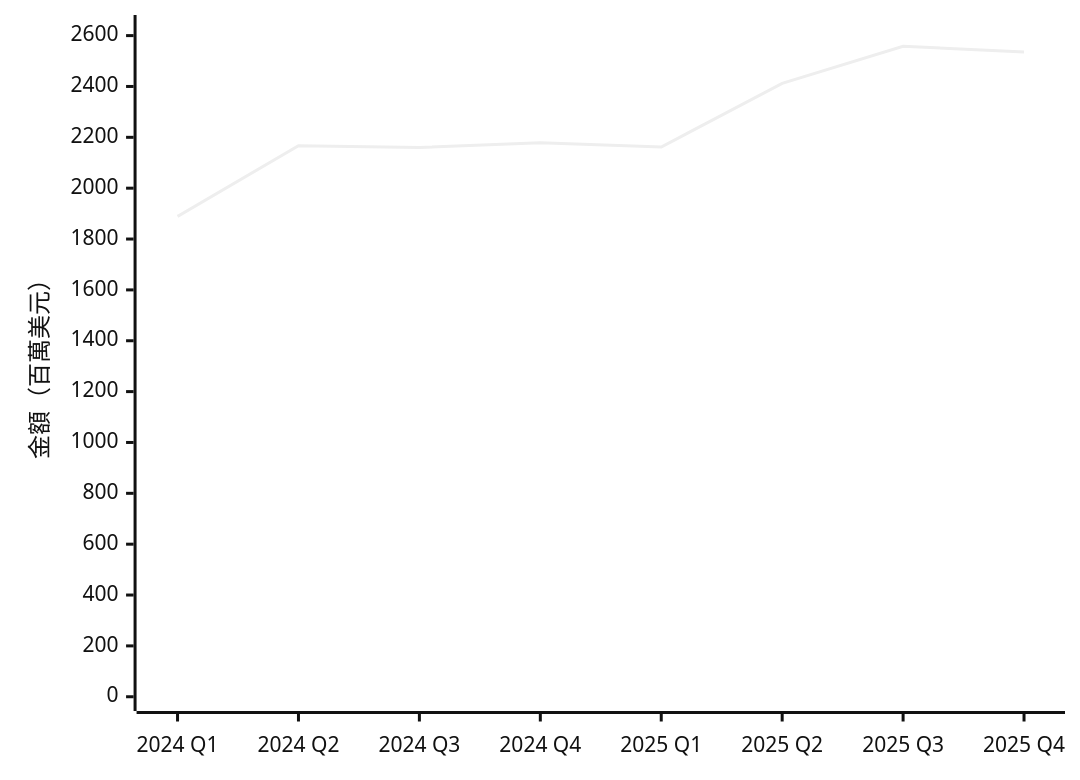
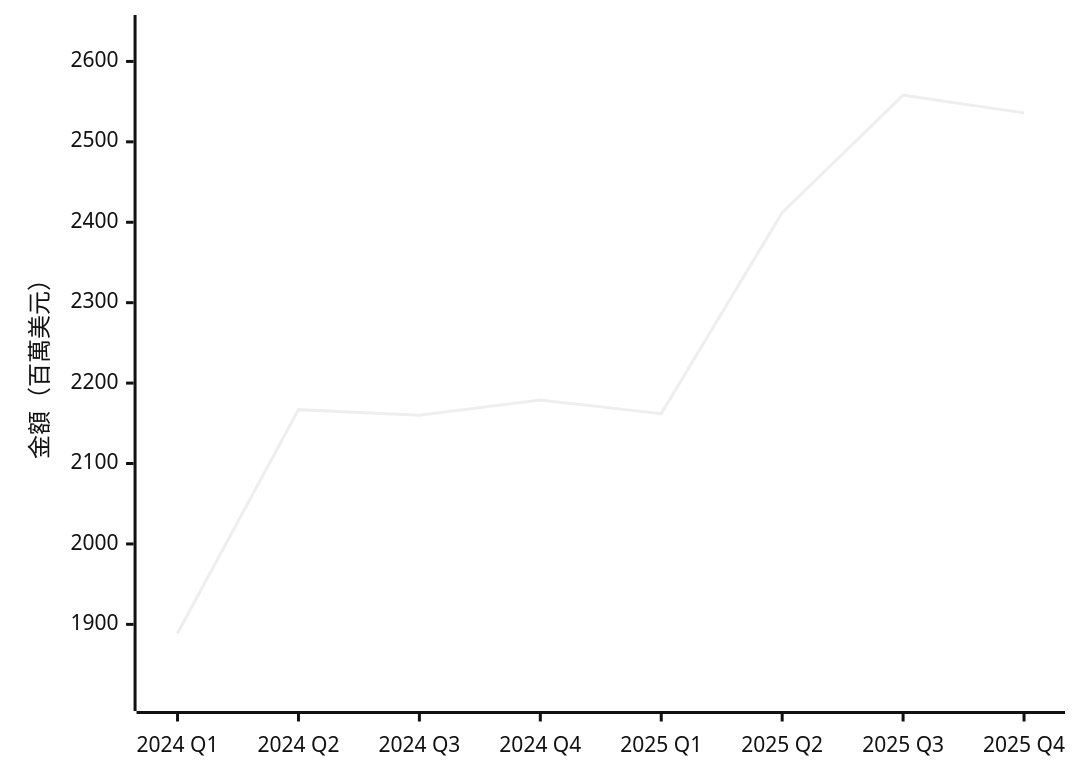
Before and after one commit to jyuny1/blog: the third of 19 diagrams in content/台灣零售與電商競爭分析.md, drawn with Mermaid (neutral theme). The commit also changed other lines of this file, not shown here.

````diff
--- a/content/台灣零售與電商競爭分析.md
+++ b/content/台灣零售與電商競爭分析.md
@@ -51,6 +51,6 @@
 ```mermaid
 xychart-beta
     x-axis ["2024 Q1", "2024 Q2", "2024 Q3", "2024 Q4", "2025 Q1", "2025 Q2", "2025 Q3", "2025 Q4"]
-    y-axis "金額（百萬美元）" 0 --> 2625
+    y-axis "金額（百萬美元）" 1810 --> 2640
     line [1889, 2167, 2160, 2179, 2162, 2412, 2558, 2536]
 ```
````
